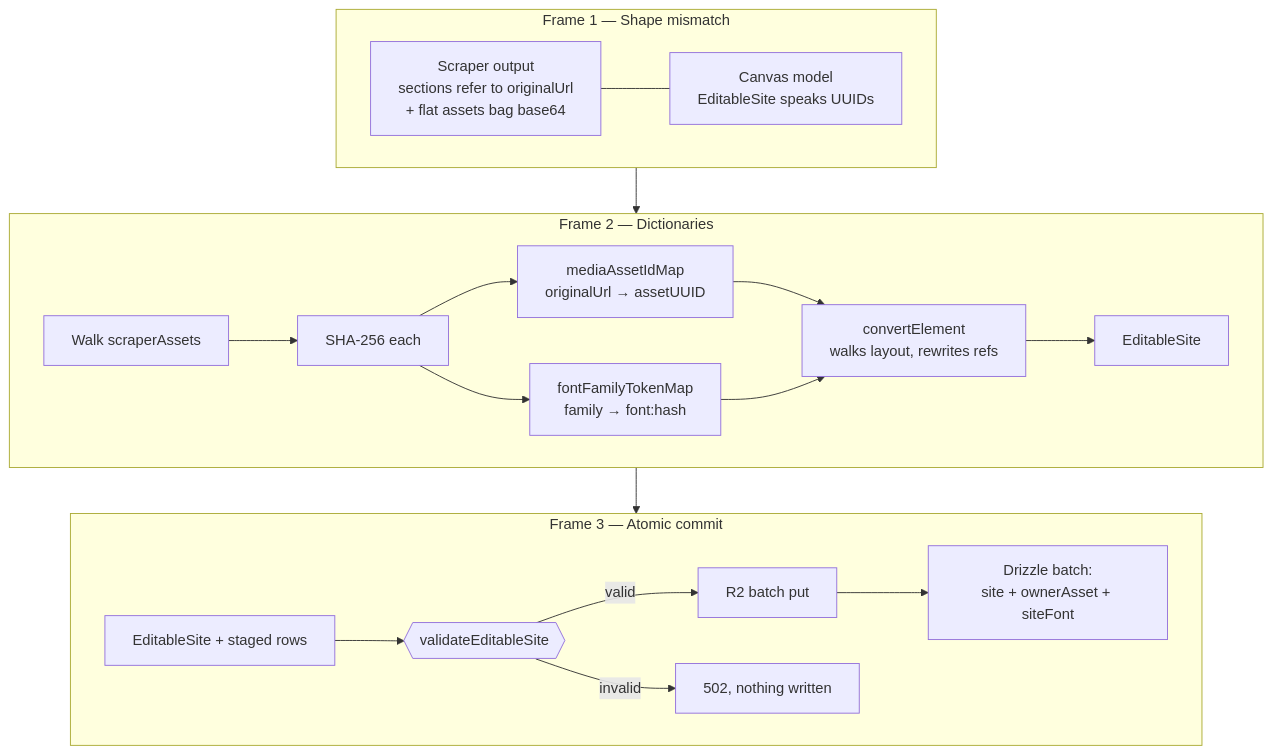
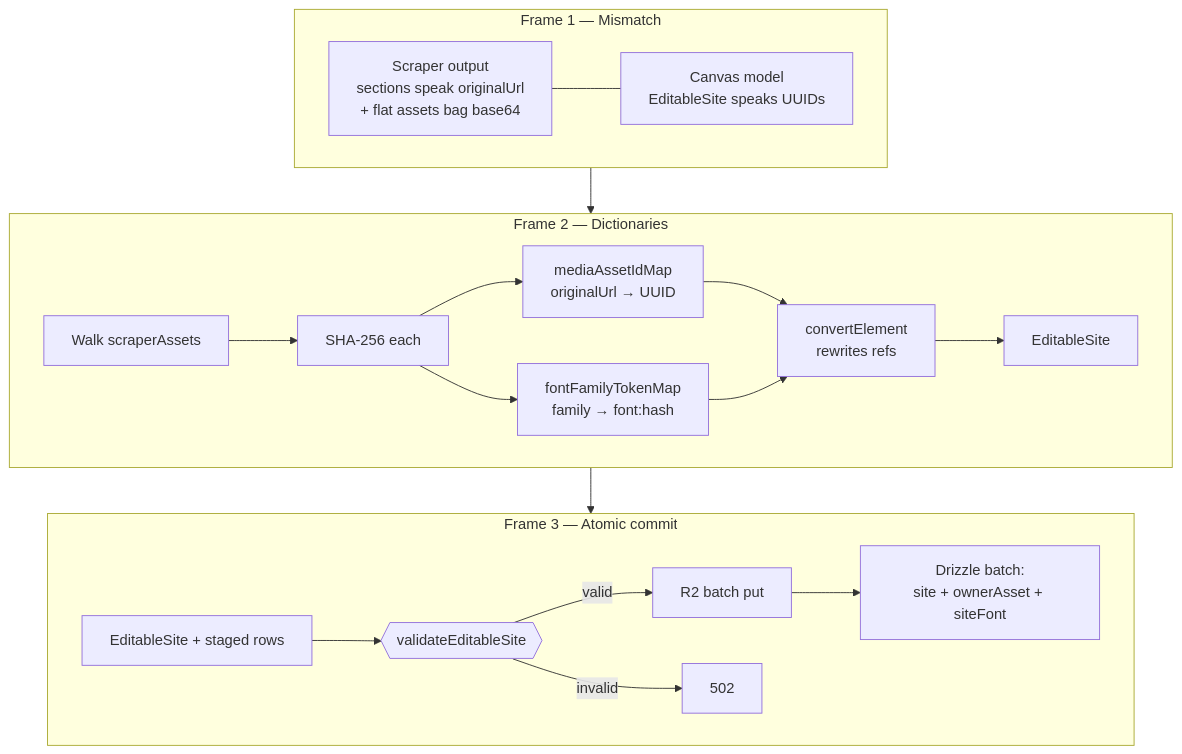
Before and after one commit to aayushman-singh/open-canvas: diagram 18 of 35 in docs/demo/diagrams/live-draw-reference.md, drawn with Mermaid. The commit also changed other lines of this file and 1 other file, not shown here.

````diff
--- a/docs/demo/diagrams/live-draw-reference.md
+++ b/docs/demo/diagrams/live-draw-reference.md
@@ -565,21 +579,21 @@
 ```mermaid
 flowchart TB
-  subgraph F1["Frame 1 — Shape mismatch"]
-    scr[Scraper output<br/>sections refer to originalUrl<br/>+ flat assets bag base64] --- canvas[Canvas model<br/>EditableSite speaks UUIDs]
+  subgraph F1["Frame 1 — Mismatch"]
+    scr[Scraper output<br/>sections speak originalUrl<br/>+ flat assets bag base64] --- canvas[Canvas model<br/>EditableSite speaks UUIDs]
   end
   subgraph F2["Frame 2 — Dictionaries"]
     pass1[Walk scraperAssets] --> hash[SHA-256 each]
-    hash --> map1[mediaAssetIdMap<br/>originalUrl → assetUUID]
+    hash --> map1[mediaAssetIdMap<br/>originalUrl → UUID]
     hash --> map2[fontFamilyTokenMap<br/>family → font:hash]
-    map1 --> conv[convertElement<br/>walks layout, rewrites refs]
+    map1 --> conv[convertElement<br/>rewrites refs]
     map2 --> conv
     conv --> site[EditableSite]
   end
   subgraph F3["Frame 3 — Atomic commit"]
     site2[EditableSite + staged rows] --> val{{validateEditableSite}}
     val -- valid --> r2put[R2 batch put]
     r2put --> dbb[Drizzle batch:<br/>site + ownerAsset + siteFont]
-    val -- invalid --> err502[502, nothing written]
+    val -- invalid --> err502[502]
   end
   F1 --> F2 --> F3
 ```
````
